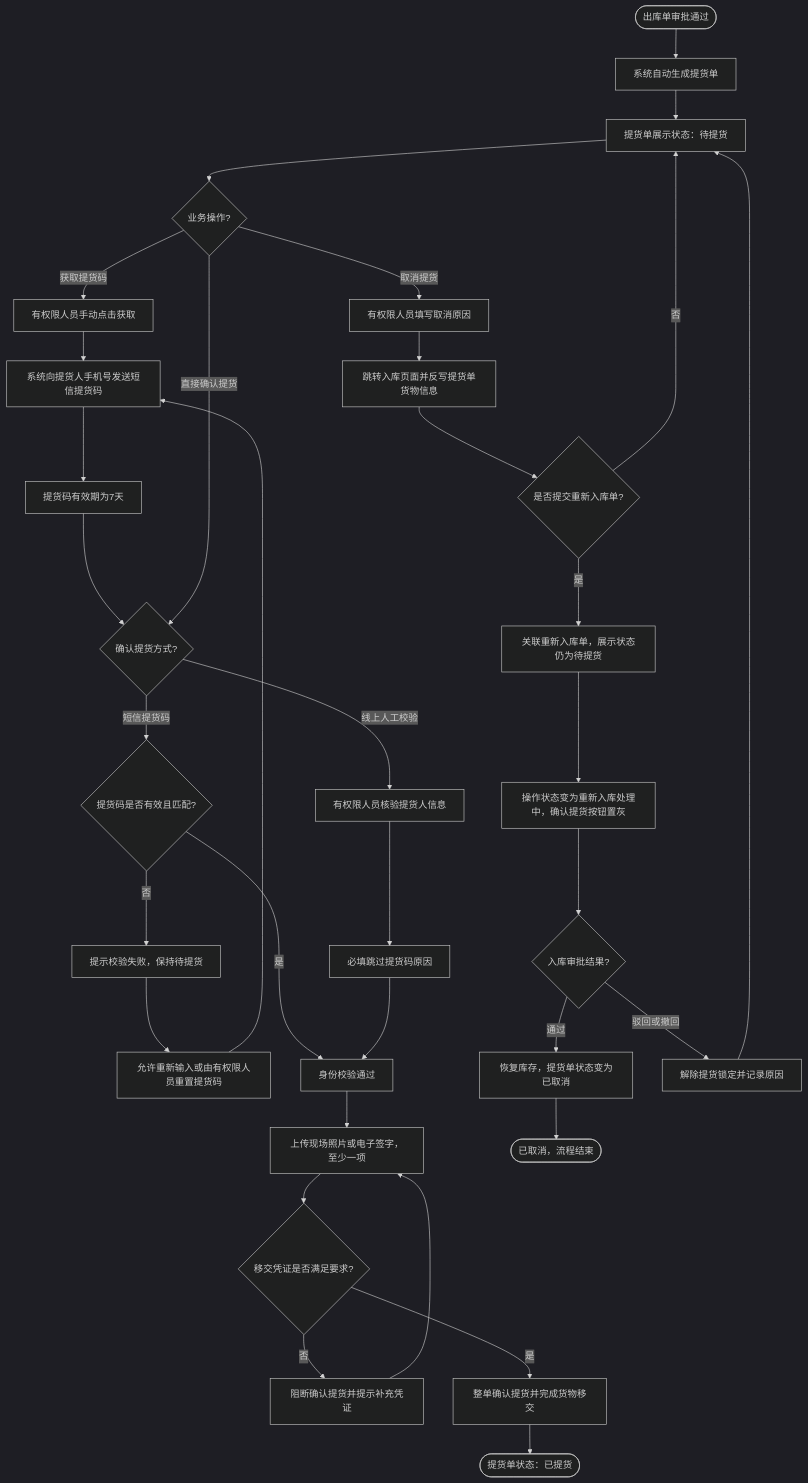
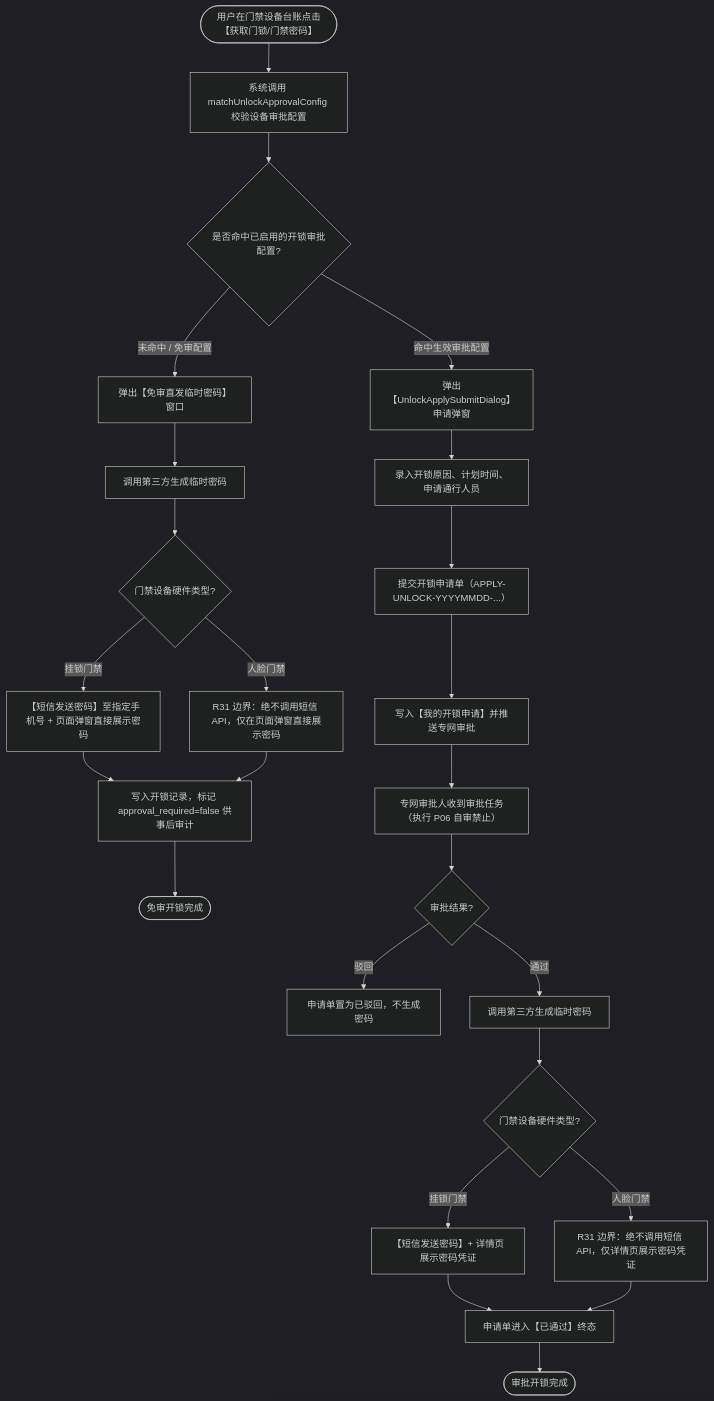
One commit to RobertHuang999/SYZC changed the fifth of 8 diagrams in 01-项目背景/06-核心业务场景和流程.md. Above: the diagram before and after it, drawn with Mermaid (dark theme). The commit also changed other lines of this file and 13 other files, not shown here.

````diff
--- a/01-项目背景/06-核心业务场景和流程.md
+++ b/01-项目背景/06-核心业务场景和流程.md
@@ -435,40 +186,29 @@
 ```mermaid
 flowchart TD
-    A([出库单审批通过]) --> B[系统自动生成提货单]
-    B --> C[提货单展示状态：待提货]
-    C --> D{业务操作?}
+    A([用户在门禁设备台账点击【获取门锁/门禁密码】]) --> B[系统调用 matchUnlockApprovalConfig 校验设备审批配置]
+    B --> C{是否命中已启用的开锁审批配置?}
 
-    D -- 获取提货码 --> E[有权限人员手动点击获取]
-    E --> F[系统向提货人手机号发送短信提货码]
-    F --> G[提货码有效期为7天]
-    G --> H{确认提货方式?}
+    C -- 未命中 / 免审配置 --> D[弹出【免审直发临时密码】窗口]
+    D --> E[调用第三方生成临时密码]
+    E --> F{门禁设备硬件类型?}
+    F -- 挂锁门禁 --> G[【短信发送密码】至指定手机号 + 页面弹窗直接展示密码]
+    F -- 人脸门禁 --> H[R31 边界：绝不调用短信 API，仅在页面弹窗直接展示密码]
+    G --> I[写入开锁记录，标记 approval_required=false 供事后审计]
+    H --> I
+    I --> J([免审开锁完成])
 
-    D -- 直接确认提货 --> H
-    H -- 短信提货码 --> I{提货码是否有效且匹配?}
-    I -- 否 --> J[提示校验失败，保持待提货]
-    J --> K[允许重新输入或由有权限人员重置提货码]
-    K --> F
-    I -- 是 --> L[身份校验通过]
-    H -- 线上人工校验 --> M[有权限人员核验提货人信息]
-    M --> N[必填跳过提货码原因]
-    N --> L
-
-    L --> O[上传现场照片或电子签字，至少一项]
-    O --> P{移交凭证是否满足要求?}
-    P -- 否 --> Q[阻断确认提货并提示补充凭证]
-    Q --> O
-    P -- 是 --> R[整单确认提货并完成货物移交]
-    R --> S([提货单状态：已提货])
-
-    D -- 取消提货 --> T[有权限人员填写取消原因]
-    T --> U[跳转入库页面并反写提货单货物信息]
-    U --> V{是否提交重新入库单?}
-    V -- 否 --> C
-    V -- 是 --> W[关联重新入库单，展示状态仍为待提货]
-    W --> X[操作状态变为重新入库处理中，确认提货按钮置灰]
-    X --> Y{入库审批结果?}
-    Y -- 通过 --> Z[恢复库存，提货单状态变为已取消]
-    Z --> Z1([已取消，流程结束])
-    Y -- 驳回或撤回 --> Z2[解除提货锁定并记录原因]
-    Z2 --> C
+    C -- 命中生效审批配置 --> K[弹出【UnlockApplySubmitDialog】申请弹窗]
+    K --> L[录入开锁原因、计划时间、申请通行人员]
+    L --> M[提交开锁申请单（APPLY-UNLOCK-YYYYMMDD-...）]
+    M --> N[写入【我的开锁申请】并推送专网审批]
+    N --> O[专网审批人收到审批任务（执行 P06 自审禁止）]
+    O --> P{审批结果?}
+    P -- 驳回 --> Q[申请单置为已驳回，不生成密码]
+    P -- 通过 --> R[调用第三方生成临时密码]
+    R --> S{门禁设备硬件类型?}
+    S -- 挂锁门禁 --> T[【短信发送密码】+ 详情页展示密码凭证]
+    S -- 人脸门禁 --> U[R31 边界：绝不调用短信 API，仅详情页展示密码凭证]
+    T --> V[申请单进入【已通过】终态]
+    U --> V
+    V --> W([审批开锁完成])
 ```
````
